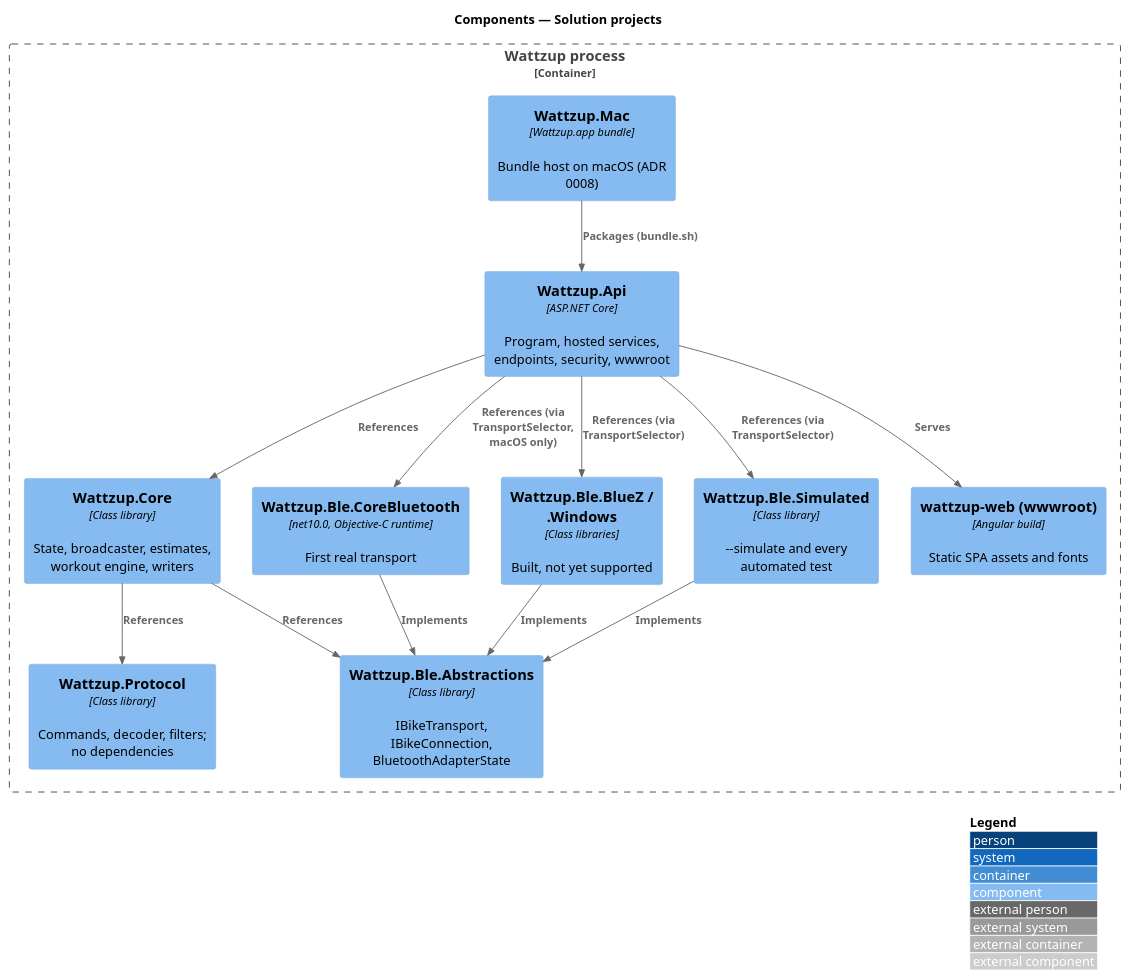
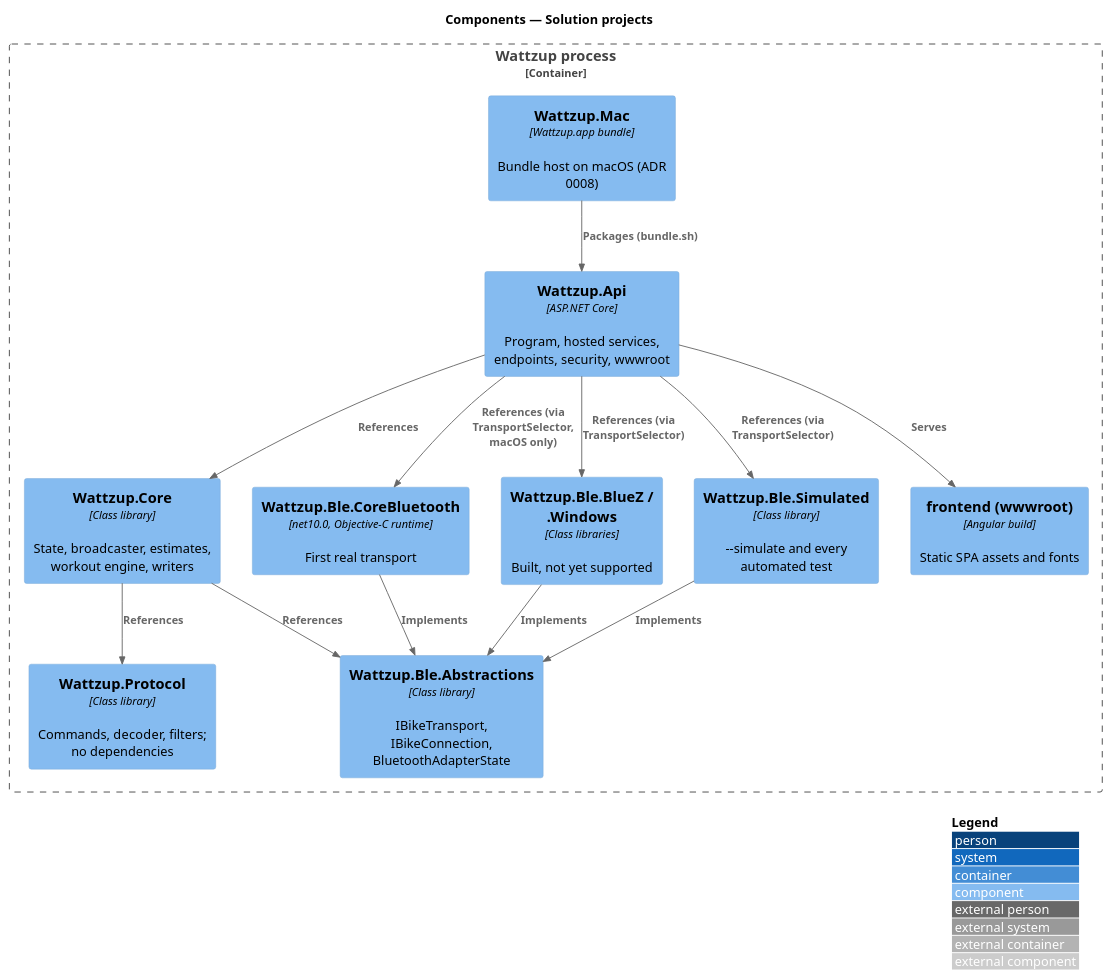
The diagram in docs/detailed-designs/platform/host-and-structure/diagrams/c4-component.puml (QuinntyneBrown/ride-one), drawn with PlantUML before and after one commit. The commit also changed 434 other files, not shown here.

First line of the commit message:
Move backend into backend/ and the Angular app into frontend/; refresh README

```diff
--- a/docs/detailed-designs/platform/host-and-structure/diagrams/c4-component.puml
+++ b/docs/detailed-designs/platform/host-and-structure/diagrams/c4-component.puml
@@ -1,29 +1,29 @@
 @startuml
 !include <C4/C4_Component>
 LAYOUT_WITH_LEGEND()
 title Components — Solution projects
 
 Container_Boundary(proc, "Wattzup process") {
   Component(mac, "Wattzup.Mac", "Wattzup.app bundle", "Bundle host on macOS (ADR 0008)")
   Component(api, "Wattzup.Api", "ASP.NET Core", "Program, hosted services, endpoints, security, wwwroot")
   Component(core, "Wattzup.Core", "Class library", "State, broadcaster, estimates, workout engine, writers")
   Component(proto, "Wattzup.Protocol", "Class library", "Commands, decoder, filters; no dependencies")
   Component(abs, "Wattzup.Ble.Abstractions", "Class library", "IBikeTransport, IBikeConnection, BluetoothAdapterState")
   Component(cb, "Wattzup.Ble.CoreBluetooth", "net10.0, Objective-C runtime", "First real transport")
   Component(plat, "Wattzup.Ble.BlueZ / .Windows", "Class libraries", "Built, not yet supported")
   Component(sim, "Wattzup.Ble.Simulated", "Class library", "~--simulate and every automated test")
-  Component(spa, "wattzup-web (wwwroot)", "Angular build", "Static SPA assets and fonts")
+  Component(spa, "frontend (wwwroot)", "Angular build", "Static SPA assets and fonts")
 }
 
 Rel(mac, api, "Packages (bundle.sh)")
 Rel(api, cb, "References (via TransportSelector, macOS only)")
 Rel(api, core, "References")
 Rel(api, sim, "References (via TransportSelector)")
 Rel(api, plat, "References (via TransportSelector)")
 Rel(api, spa, "Serves")
 Rel(core, proto, "References")
 Rel(core, abs, "References")
 Rel(cb, abs, "Implements")
 Rel(plat, abs, "Implements")
 Rel(sim, abs, "Implements")
 @enduml
```
